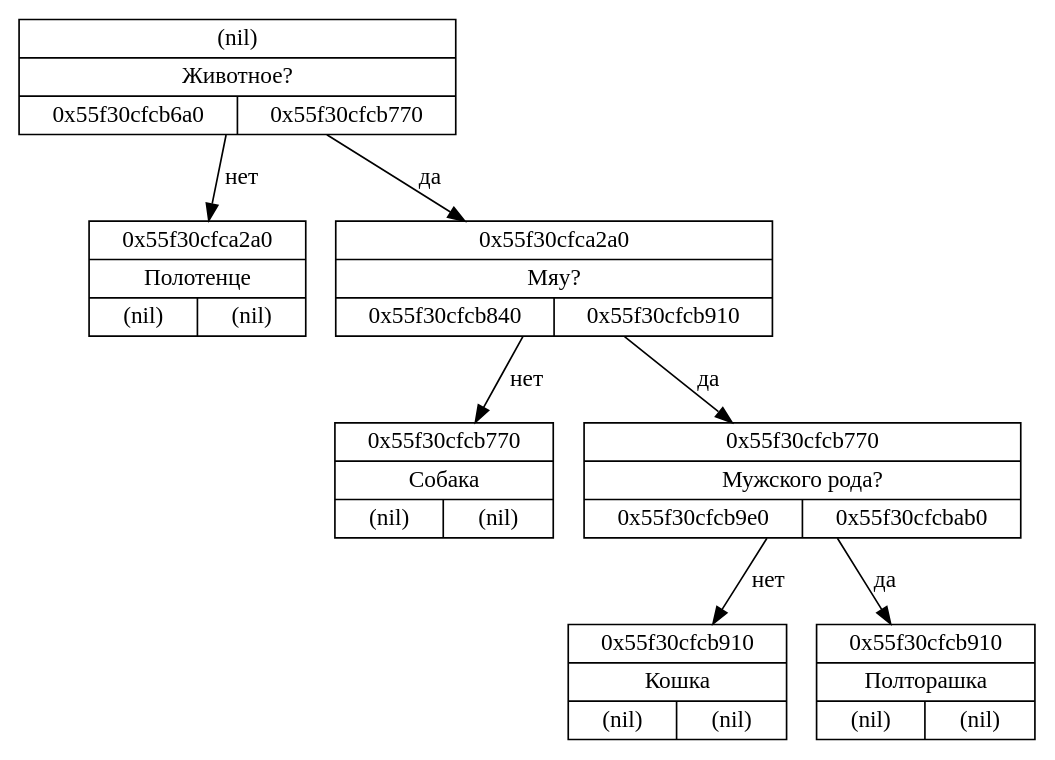
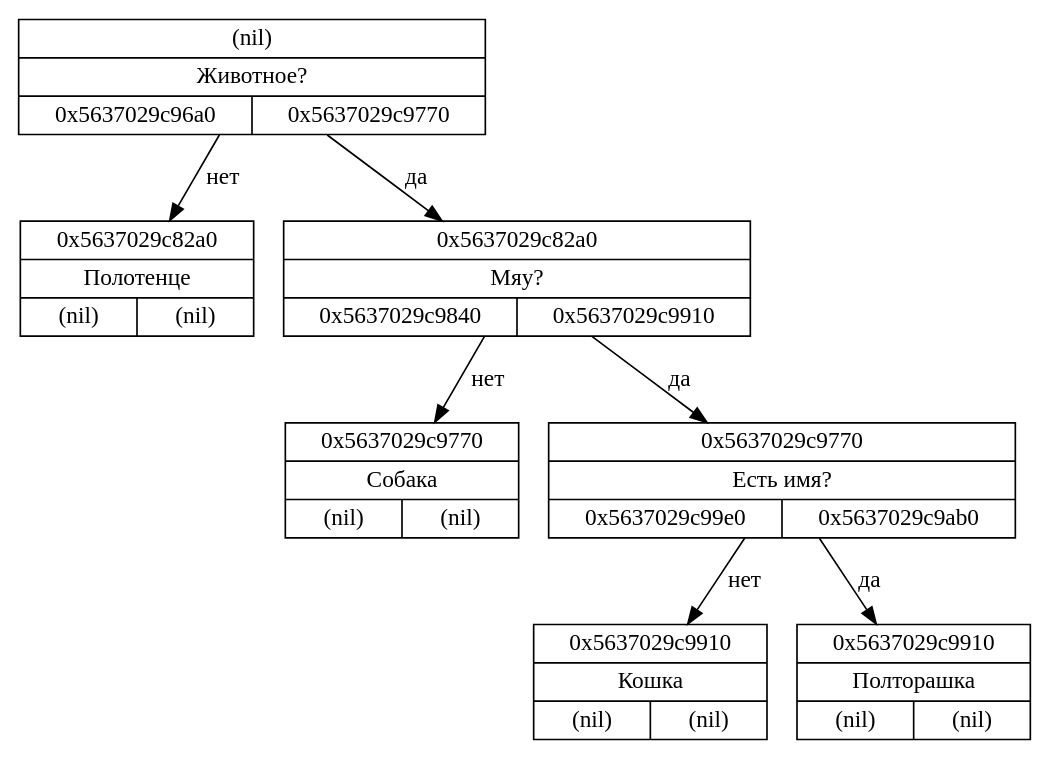
The diagram in dot.dot (asbolt/tree), drawn with Graphviz before and after one commit. The commit also changed 7 other files, not shown here.

```diff
--- a/dot.dot
+++ b/dot.dot
@@ -1,16 +1,16 @@
 digraph G{
 rankdir=HR;
-node0x55f30cfca2a0 [shape=record, label = "{(nil) | {Животное?} | {0x55f30cfcb6a0 | 0x55f30cfcb770}}", rang = 0]
-node0x55f30cfcb6a0 [shape=record, label = "{0x55f30cfca2a0 | {Полотенце} | {(nil) | (nil)}}", rang = 1]
-node0x55f30cfcb770 [shape=record, label = "{0x55f30cfca2a0 | {Мяу?} | {0x55f30cfcb840 | 0x55f30cfcb910}}", rang = 1]
-node0x55f30cfcb840 [shape=record, label = "{0x55f30cfcb770 | {Собака} | {(nil) | (nil)}}", rang = 2]
-node0x55f30cfcb910 [shape=record, label = "{0x55f30cfcb770 | {Мужского рода?} | {0x55f30cfcb9e0 | 0x55f30cfcbab0}}", rang = 2]
-node0x55f30cfcb9e0 [shape=record, label = "{0x55f30cfcb910 | {Кошка} | {(nil) | (nil)}}", rang = 3]
-node0x55f30cfcbab0 [shape=record, label = "{0x55f30cfcb910 | {Полторашка} | {(nil) | (nil)}}", rang = 3]
-node0x55f30cfca2a0 -> node0x55f30cfcb6a0 [label = "нет"]
-node0x55f30cfca2a0 -> node0x55f30cfcb770 [label = "да"]
-node0x55f30cfcb770 -> node0x55f30cfcb840 [label = "нет"]
-node0x55f30cfcb770 -> node0x55f30cfcb910 [label = "да"]
-node0x55f30cfcb910 -> node0x55f30cfcb9e0 [label = "нет"]
-node0x55f30cfcb910 -> node0x55f30cfcbab0 [label = "да"]
+node0x5637029c82a0 [shape=record, label = "{(nil) | {Животное?} | {0x5637029c96a0 | 0x5637029c9770}}", rang = 0]
+node0x5637029c96a0 [shape=record, label = "{0x5637029c82a0 | {Полотенце} | {(nil) | (nil)}}", rang = 1]
+node0x5637029c9770 [shape=record, label = "{0x5637029c82a0 | {Мяу?} | {0x5637029c9840 | 0x5637029c9910}}", rang = 1]
+node0x5637029c9840 [shape=record, label = "{0x5637029c9770 | {Собака} | {(nil) | (nil)}}", rang = 2]
+node0x5637029c9910 [shape=record, label = "{0x5637029c9770 | {Есть имя?} | {0x5637029c99e0 | 0x5637029c9ab0}}", rang = 2]
+node0x5637029c99e0 [shape=record, label = "{0x5637029c9910 | {Кошка} | {(nil) | (nil)}}", rang = 3]
+node0x5637029c9ab0 [shape=record, label = "{0x5637029c9910 | {Полторашка} | {(nil) | (nil)}}", rang = 3]
+node0x5637029c82a0 -> node0x5637029c96a0 [label = "нет"]
+node0x5637029c82a0 -> node0x5637029c9770 [label = "да"]
+node0x5637029c9770 -> node0x5637029c9840 [label = "нет"]
+node0x5637029c9770 -> node0x5637029c9910 [label = "да"]
+node0x5637029c9910 -> node0x5637029c99e0 [label = "нет"]
+node0x5637029c9910 -> node0x5637029c9ab0 [label = "да"]
 }
```
